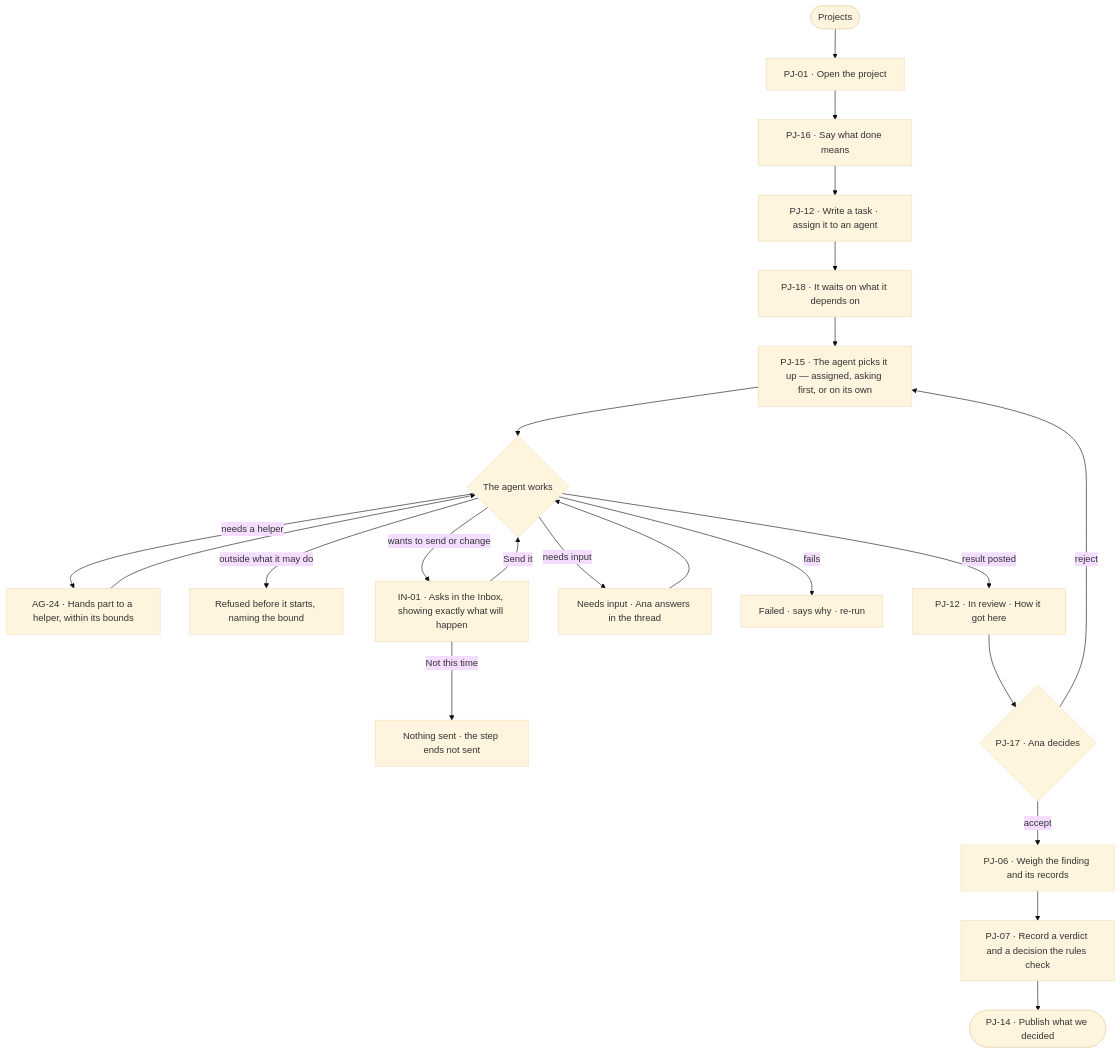
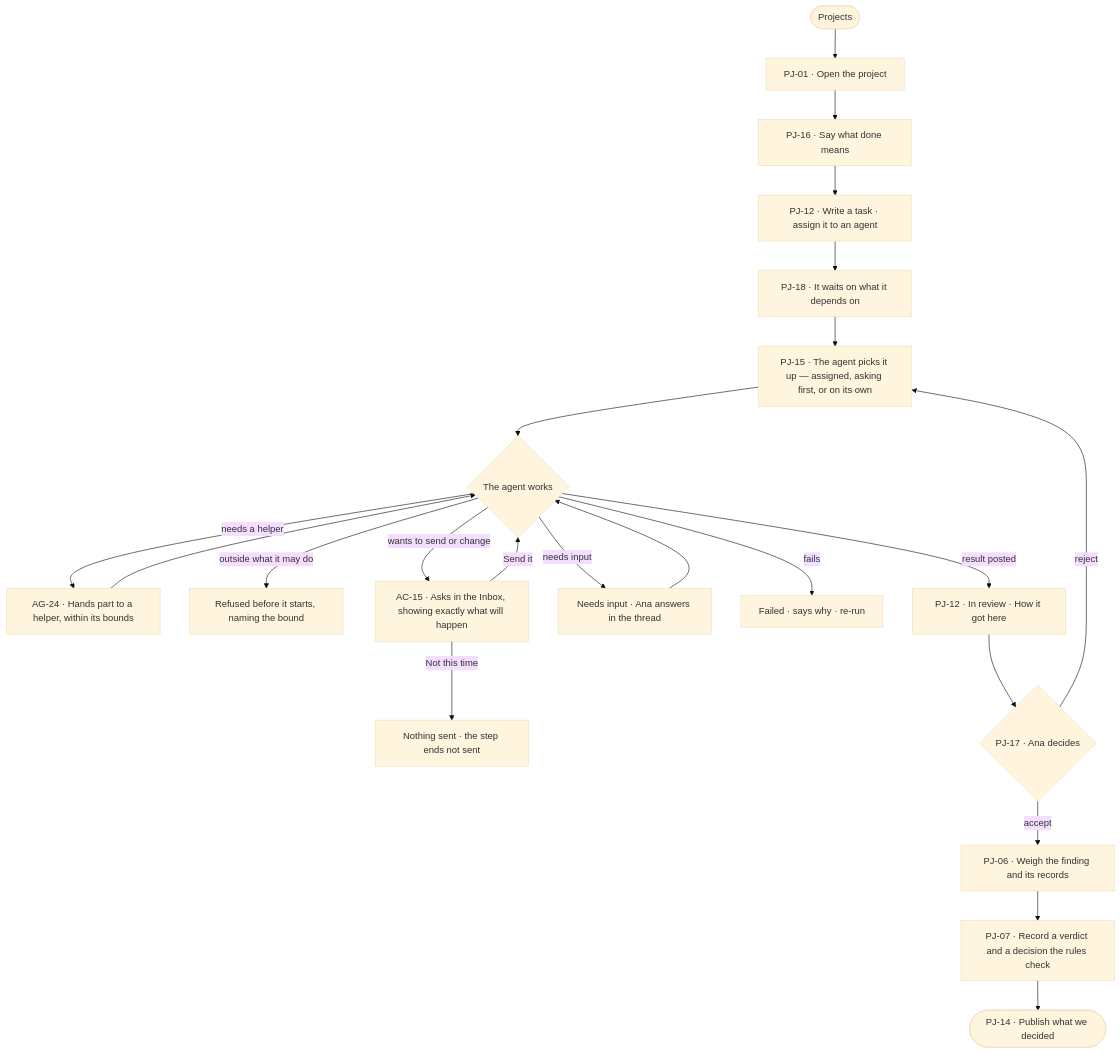
One commit to invana/invana changed the diagram in specs/journeys/J03-give-an-agent-work-and-decide-on-the-result.md. Above: the diagram before and after it, drawn with Mermaid (base theme). The commit also changed other lines of this file and 884 other files, not shown here.

````diff
--- a/specs/journeys/J03-give-an-agent-work-and-decide-on-the-result.md
+++ b/specs/journeys/J03-give-an-agent-work-and-decide-on-the-result.md
@@ -16,22 +16,22 @@
 ```mermaid
 flowchart TD
   A([Projects]) --> B["PJ-01 · Open the project"]
   B --> C["PJ-16 · Say what done means"]
   C --> D["PJ-12 · Write a task · assign it to an agent"]
   D --> D2["PJ-18 · It waits on what it depends on"]
   D2 --> E["PJ-15 · The agent picks it up — assigned, asking first, or on its own"]
   E --> F{"The agent works"}
   F -->|needs a helper| G["AG-24 · Hands part to a helper, within its bounds"] --> F
   F -->|outside what it may do| R["Refused before it starts, naming the bound"]
-  F -->|wants to send or change| H["IN-01 · Asks in the Inbox, showing exactly what will happen"]
+  F -->|wants to send or change| H["AC-15 · Asks in the Inbox, showing exactly what will happen"]
   H -->|Send it| F
   H -->|Not this time| F2["Nothing sent · the step ends not sent"]
   F -->|needs input| NI["Needs input · Ana answers in the thread"] --> F
   F -->|fails| FL["Failed · says why · re-run"]
   F -->|result posted| I["PJ-12 · In review · How it got here"]
   I --> J{"PJ-17 · Ana decides"}
   J -->|reject| E
   J -->|accept| K["PJ-06 · Weigh the finding and its records"]
   K --> L["PJ-07 · Record a verdict and a decision the rules check"]
   L --> M(["PJ-14 · Publish what we decided"])
 ```
````
